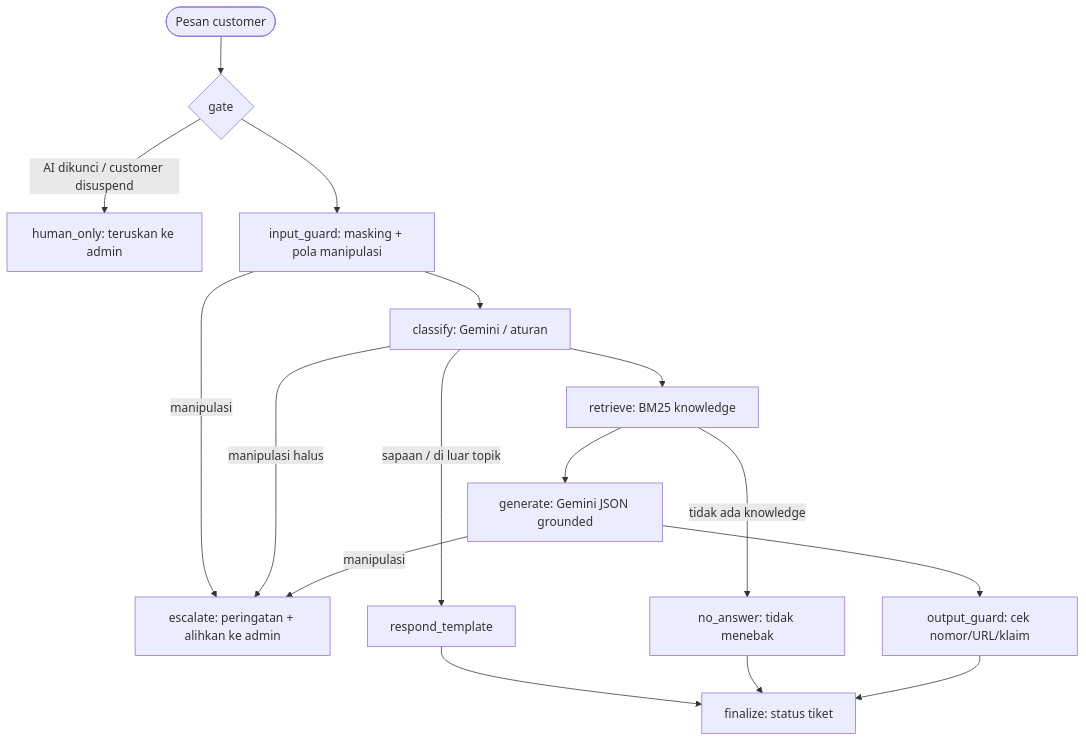
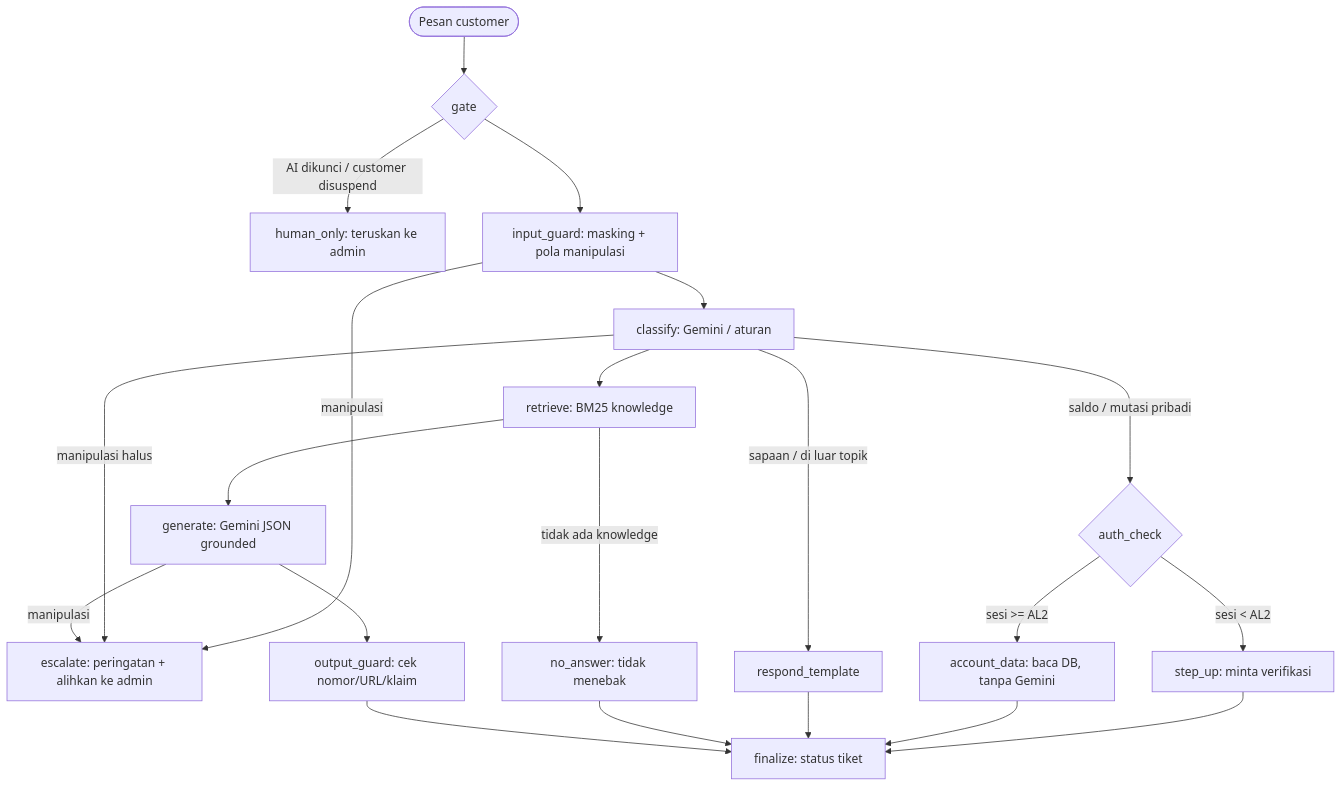
Before and after one commit to raphaelfelio-ctrl/Capstone-03: the diagram in VTEKI_Chatbot/README.md, drawn with Mermaid. The commit also changed other lines of this file and 9 other files, not shown here.

````diff
--- a/VTEKI_Chatbot/README.md
+++ b/VTEKI_Chatbot/README.md
@@ -78,18 +79,23 @@
 ```mermaid
 flowchart TD
     S([Pesan customer]) --> G{gate}
     G -- AI dikunci / customer disuspend --> H[human_only: teruskan ke admin]
     G --> IG[input_guard: masking + pola manipulasi]
     IG -- manipulasi --> E[escalate: peringatan + alihkan ke admin]
     IG --> C[classify: Gemini / aturan]
     C -- manipulasi halus --> E
     C -- sapaan / di luar topik --> T[respond_template]
+    C -- saldo / mutasi pribadi --> AC{auth_check}
+    AC -- sesi < AL2 --> SU[step_up: minta verifikasi]
+    AC -- sesi >= AL2 --> AD[account_data: baca DB, tanpa Gemini]
+    SU --> F
+    AD --> F
     C --> R[retrieve: BM25 knowledge]
     R -- tidak ada knowledge --> N[no_answer: tidak menebak]
     R --> GEN[generate: Gemini JSON grounded]
     GEN -- manipulasi --> E
     GEN --> OG[output_guard: cek nomor/URL/klaim]
     T --> F[finalize: status tiket]
     N --> F
     OG --> F
 ```
````
